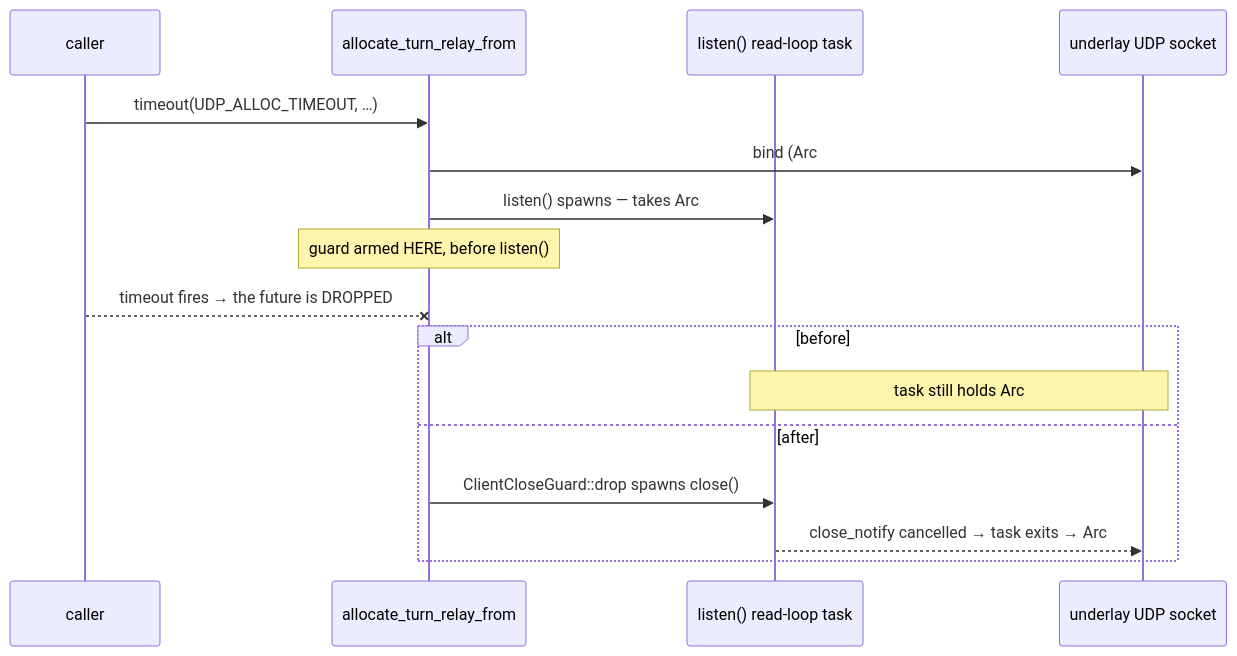
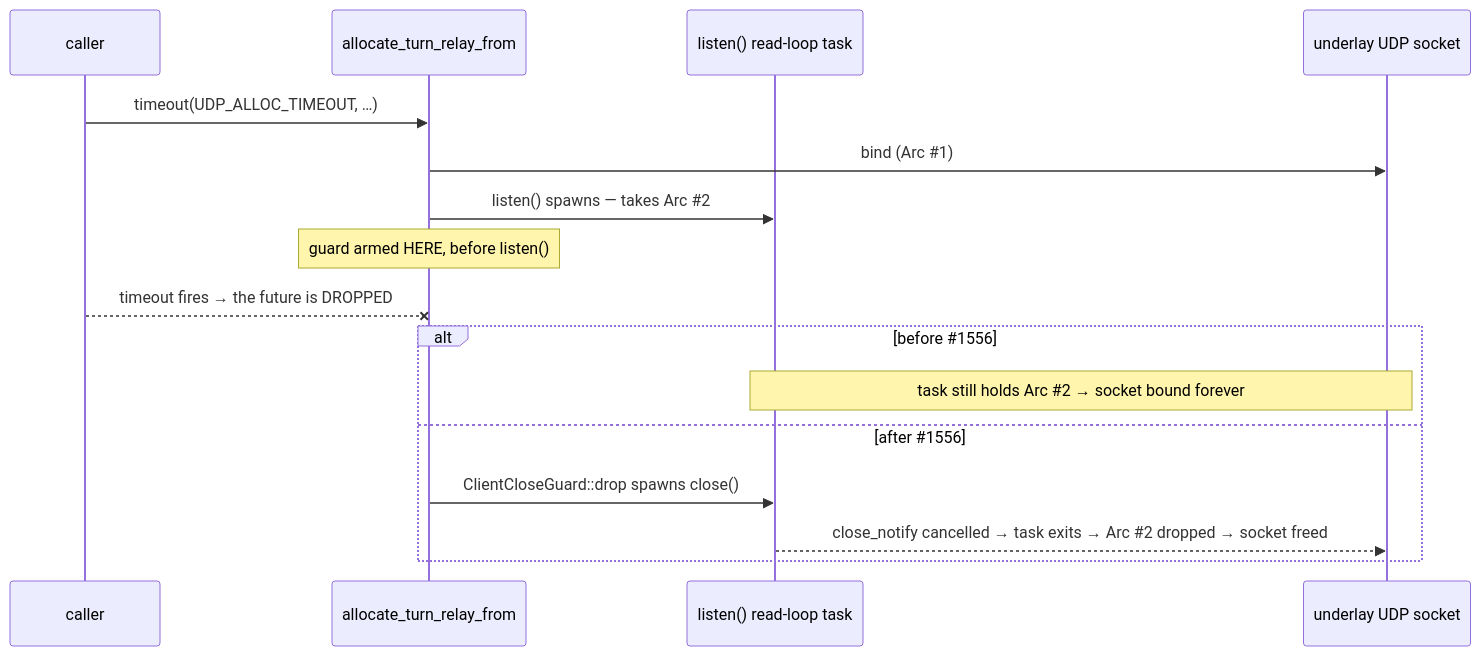
Before and after one commit to gjovanov/roomler-ai: the fourth of 14 diagrams in docs/tunnels.md, drawn with Mermaid. The commit also changed other lines of this file and 25 other files, not shown here.

````diff
--- a/docs/tunnels.md
+++ b/docs/tunnels.md
@@ -144,19 +144,19 @@
 ```mermaid
 sequenceDiagram
     participant C as caller
     participant A as allocate_turn_relay_from
     participant T as listen() read-loop task
     participant S as underlay UDP socket
 
     C->>A: timeout(UDP_ALLOC_TIMEOUT, …)
-    A->>S: bind (Arc #1)
-    A->>T: listen() spawns — takes Arc #2
+    A->>S: bind (Arc #35;1)
+    A->>T: listen() spawns — takes Arc #35;2
     Note over A: guard armed HERE, before listen()
     C--xA: timeout fires → the future is DROPPED
-    alt before #1556
-        Note over T,S: task still holds Arc #2 → socket bound forever
-    else after #1556
+    alt before #35;1556
+        Note over T,S: task still holds Arc #35;2 → socket bound forever
+    else after #35;1556
         A->>T: ClientCloseGuard::drop spawns close()
-        T-->>S: close_notify cancelled → task exits → Arc #2 dropped → socket freed
+        T-->>S: close_notify cancelled → task exits → Arc #35;2 dropped → socket freed
     end
 ```
````
